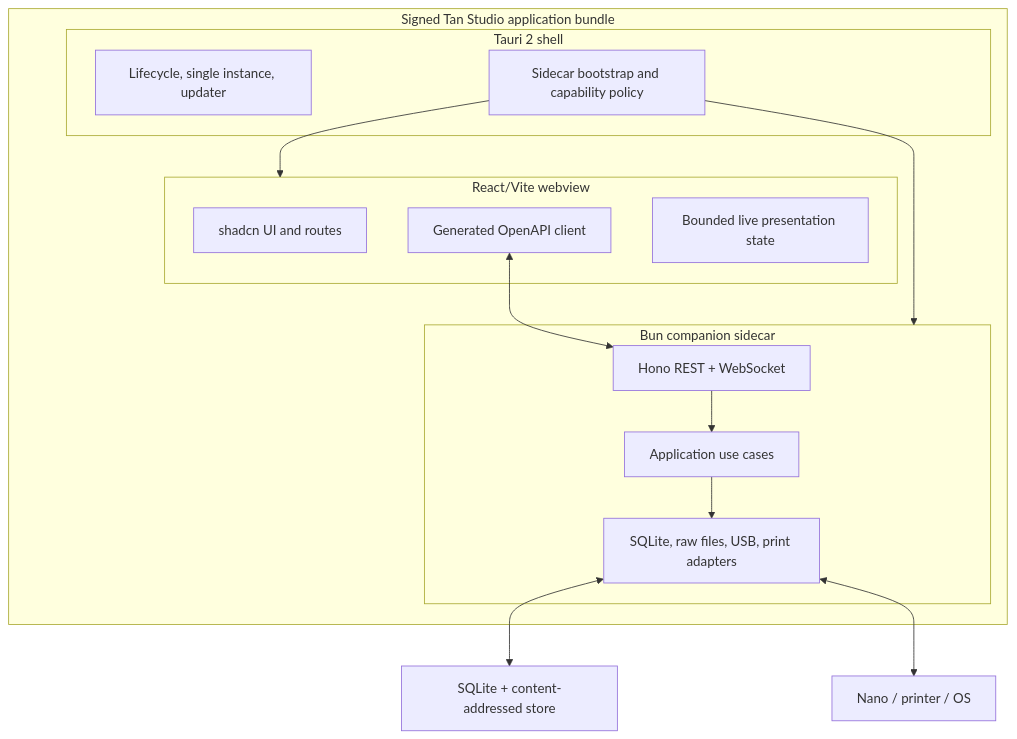
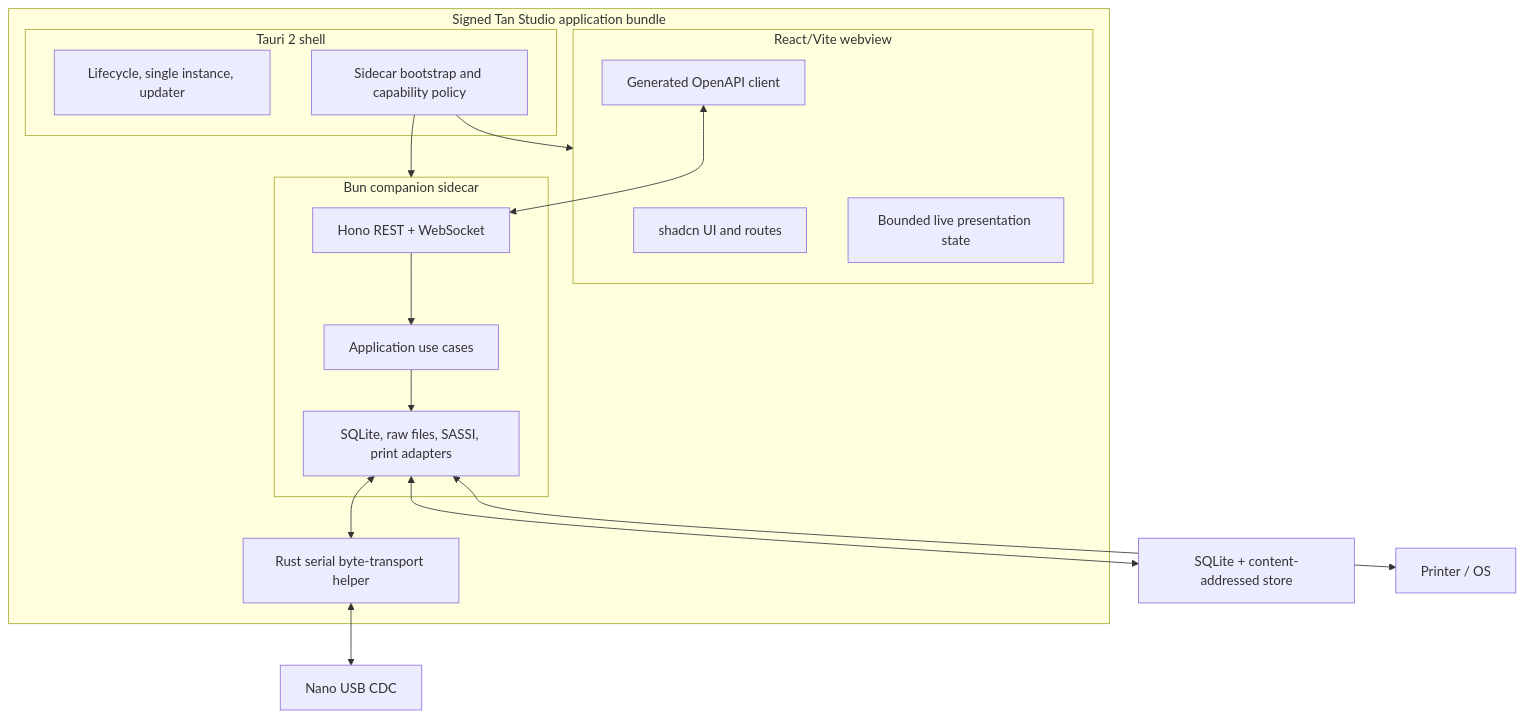
Before and after one commit to xavierroma/tan-studio: the second of 9 diagrams in docs/04-technical-specification.md, drawn with Mermaid. The commit also changed other lines of this file and 33 other files, not shown here.

Commit message:
feat: connect Nano over read-only SASSI

````diff
--- a/docs/04-technical-specification.md
+++ b/docs/04-technical-specification.md
@@ -75,26 +75,29 @@
 ```mermaid
 flowchart TB
     subgraph DesktopApp["Signed Tan Studio application bundle"]
       subgraph Shell["Tauri 2 shell"]
         Lifecycle["Lifecycle, single instance, updater"]
         Bootstrap["Sidecar bootstrap and capability policy"]
       end
       subgraph Webview["React/Vite webview"]
         UI["shadcn UI and routes"]
         Client["Generated OpenAPI client"]
         LiveState["Bounded live presentation state"]
       end
       subgraph Companion["Bun companion sidecar"]
         API["Hono REST + WebSocket"]
         App["Application use cases"]
-        Adapters["SQLite, raw files, USB, print adapters"]
+        Adapters["SQLite, raw files, SASSI, print adapters"]
       end
+      SerialHelper["Rust serial byte-transport helper"]
     end
 
     Bootstrap --> Companion
     Bootstrap --> Webview
     Client <--> API
     API --> App --> Adapters
+    Adapters <--> SerialHelper
     Adapters <--> SQLite["SQLite + content-addressed store"]
-    Adapters <--> Device["Nano / printer / OS"]
+    SerialHelper <--> Nano["Nano USB CDC"]
+    Adapters <--> Device["Printer / OS"]
 ```
````
